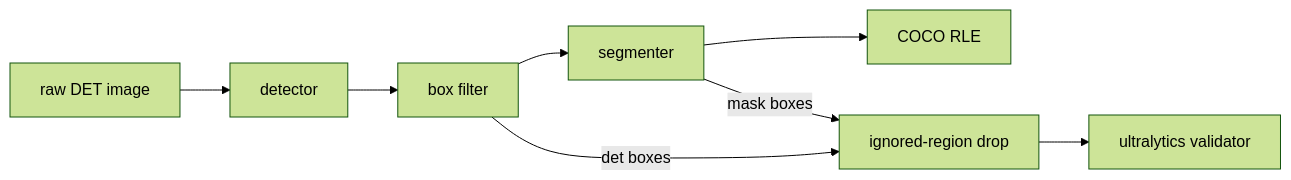
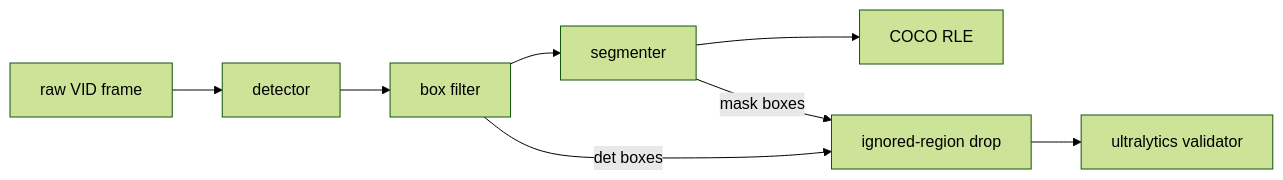
One commit to vtarasv/mlops-cv changed the diagram in docs/autolabel.md. Above: the diagram before and after it, drawn with Mermaid (forest theme). The commit also changed other lines of this file and 6 other files, not shown here.

First line of the commit message:
feat: label VID scoring sets instead of VisDrone-DET

````diff
--- a/docs/autolabel.md
+++ b/docs/autolabel.md
@@ -11,6 +19,6 @@
 ```mermaid
 flowchart LR
-    I[raw DET image] --> D[detector] --> F[box filter] --> S[segmenter] --> R[COCO RLE]
+    I[raw VID frame] --> D[detector] --> F[box filter] --> S[segmenter] --> R[COCO RLE]
     F -- det boxes --> V[ignored-region drop] --> E[ultralytics validator]
     S -- mask boxes --> V
 ```
````
